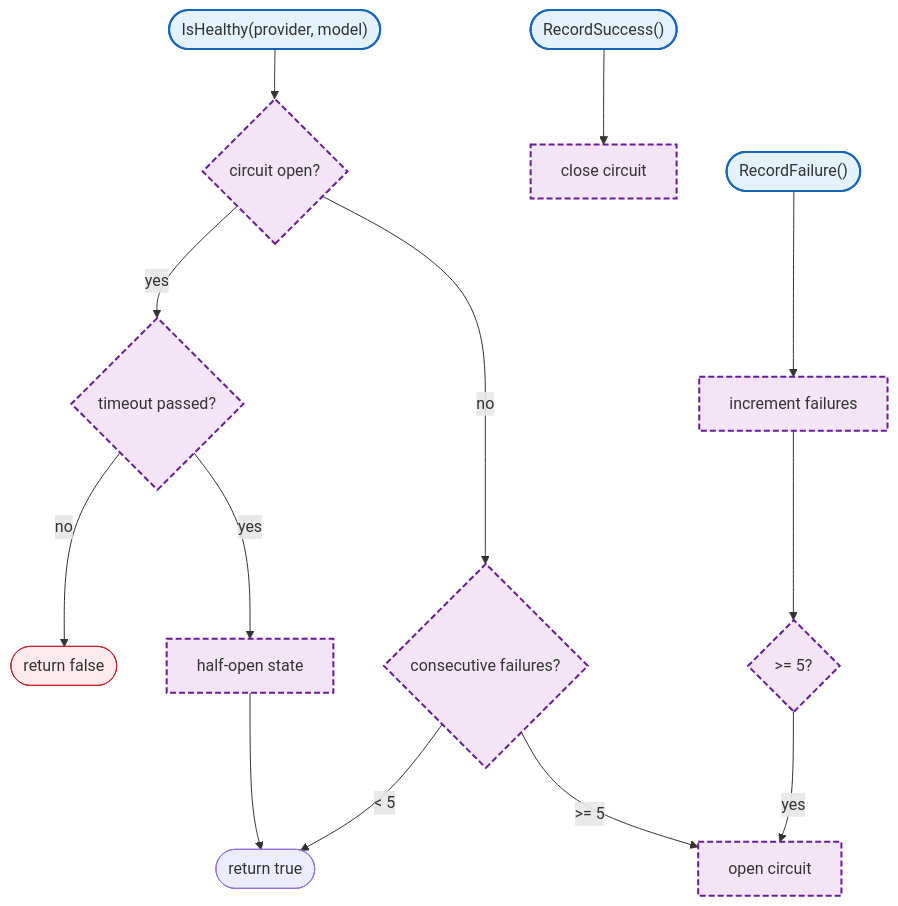
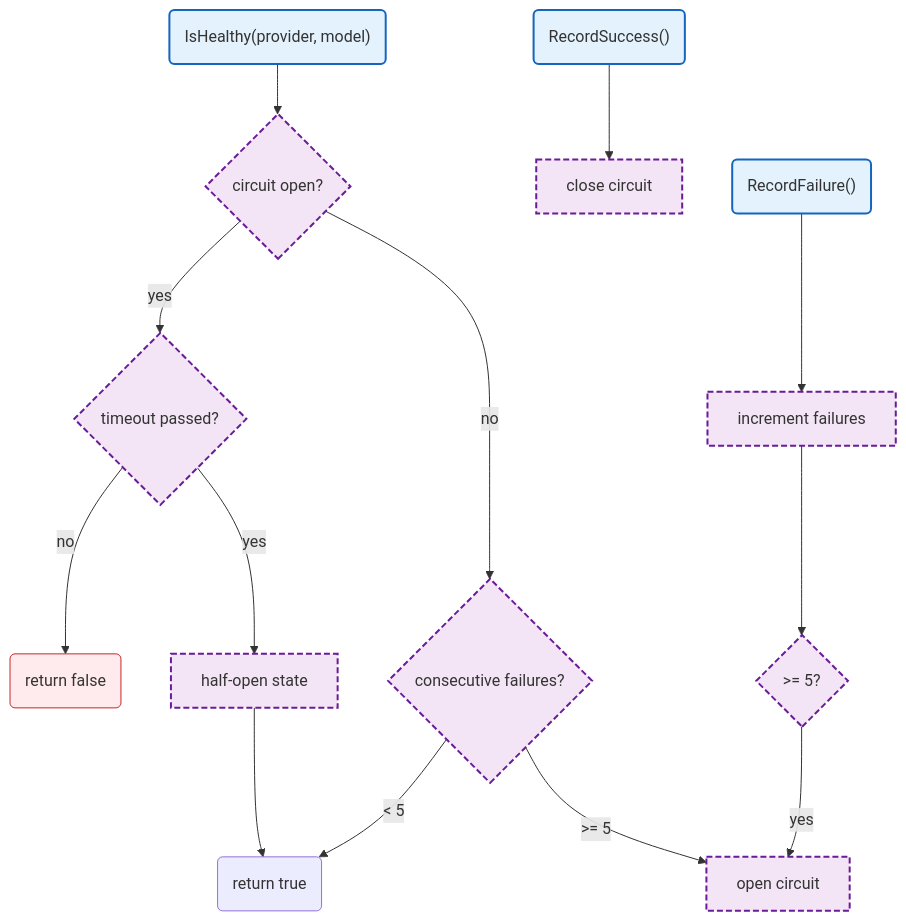
The diagram in docs/internal/llm-proxy/health.md (radch-ai/ava), drawn with Mermaid before and after one commit. The commit also changed 24 other files, not shown here.

First line of the commit message:
fix(docs): fix mermaid syntax errors in all diagrams

````diff
--- a/docs/internal/llm-proxy/health.md
+++ b/docs/internal/llm-proxy/health.md
@@ -7,24 +7,24 @@
 ```mermaid
 flowchart TB
-    Start(["IsHealthy(provider, model)"]) --> CheckCircuit{circuit open?}
+    Start("IsHealthy(provider, model)") --> CheckCircuit{circuit open?}
     CheckCircuit -->|yes| CheckTimeout{timeout passed?}
-    CheckTimeout -->|no| Unhealthy(["return false"])
+    CheckTimeout -->|no| Unhealthy("return false")
     CheckTimeout -->|yes| HalfOpen["half-open state"]
-    HalfOpen --> Healthy(["return true"])
+    HalfOpen --> Healthy("return true")
     CheckCircuit -->|no| CheckFailures{consecutive failures?}
     CheckFailures -->|>= 5| OpenCircuit["open circuit"]
     CheckFailures -->|< 5| Healthy
 
-    Success(["RecordSuccess()"]) --> CloseCircuit["close circuit"]
-    Failure(["RecordFailure()"]) --> IncFailures["increment failures"]
+    Success("RecordSuccess()") --> CloseCircuit["close circuit"]
+    Failure("RecordFailure()") --> IncFailures["increment failures"]
     IncFailures --> CheckThreshold{>= 5?}
     CheckThreshold -->|yes| OpenCircuit
 
     classDef mainFn fill:#e3f2fd,stroke:#1565c0,stroke-width:2px
     classDef internalFn fill:#f3e5f5,stroke:#6a1b9a,stroke-width:2px,stroke-dasharray:6 3
     classDef errorFlow fill:#ffebee,stroke:#c62828,stroke-width:1px
 
     class Start,Success,Failure mainFn
     class CheckCircuit,CheckTimeout,HalfOpen,CheckFailures,OpenCircuit,CloseCircuit,IncFailures,CheckThreshold internalFn
     class Unhealthy errorFlow
 ```
````
